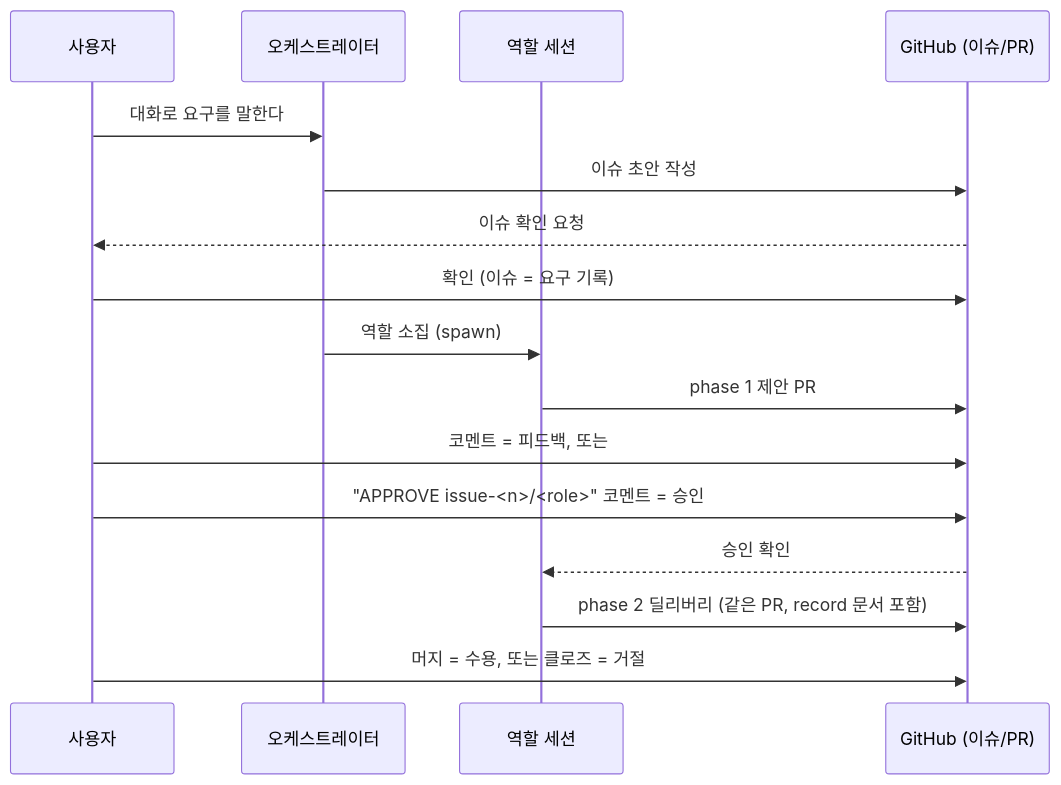
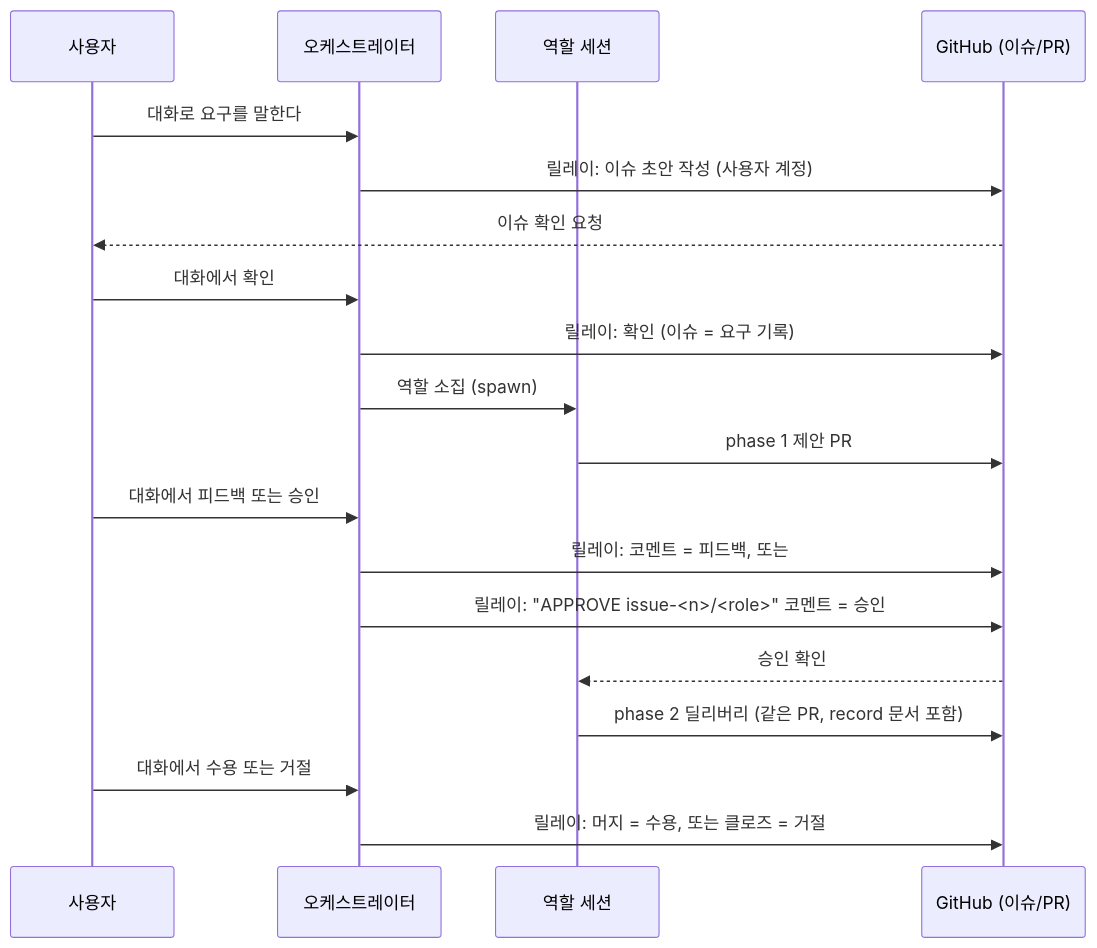
The first of 2 diagrams in README.ko.md (tokenmaxxxer/muster), drawn with Mermaid before and after one commit. The commit also changed other lines of this file and 1 other file, not shown here.

First line of the commit message:
issue-241: fix user-loop diagram to show conversation->orchestrator relay

````diff
--- a/README.ko.md
+++ b/README.ko.md
@@ -38,19 +40,22 @@
 ```mermaid
 sequenceDiagram
     participant U as 사용자
     participant O as 오케스트레이터
     participant R as 역할 세션
     participant G as GitHub (이슈/PR)
 
     U->>O: 대화로 요구를 말한다
-    O->>G: 이슈 초안 작성
+    O->>G: 릴레이: 이슈 초안 작성 (사용자 계정)
     G-->>U: 이슈 확인 요청
-    U->>G: 확인 (이슈 = 요구 기록)
+    U->>O: 대화에서 확인
+    O->>G: 릴레이: 확인 (이슈 = 요구 기록)
     O->>R: 역할 소집 (spawn)
     R->>G: phase 1 제안 PR
-    U->>G: 코멘트 = 피드백, 또는
-    U->>G: "APPROVE issue-<n>/<role>" 코멘트 = 승인
+    U->>O: 대화에서 피드백 또는 승인
+    O->>G: 릴레이: 코멘트 = 피드백, 또는
+    O->>G: 릴레이: "APPROVE issue-<n>/<role>" 코멘트 = 승인
     G-->>R: 승인 확인
     R->>G: phase 2 딜리버리 (같은 PR, record 문서 포함)
-    U->>G: 머지 = 수용, 또는 클로즈 = 거절
+    U->>O: 대화에서 수용 또는 거절
+    O->>G: 릴레이: 머지 = 수용, 또는 클로즈 = 거절
 ```
````
